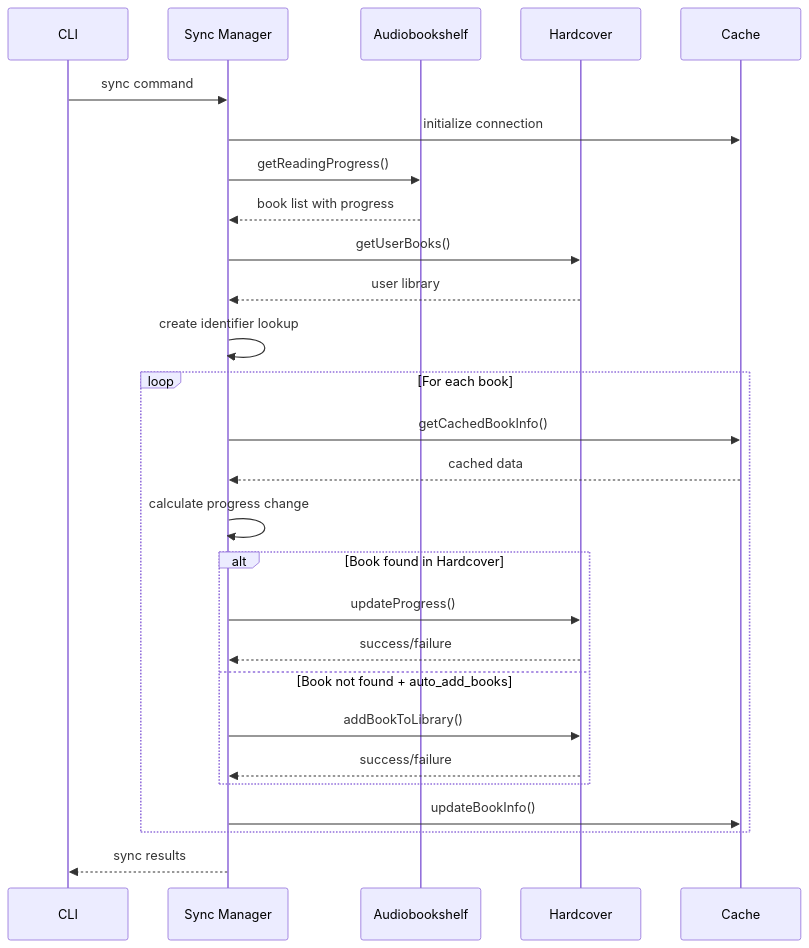
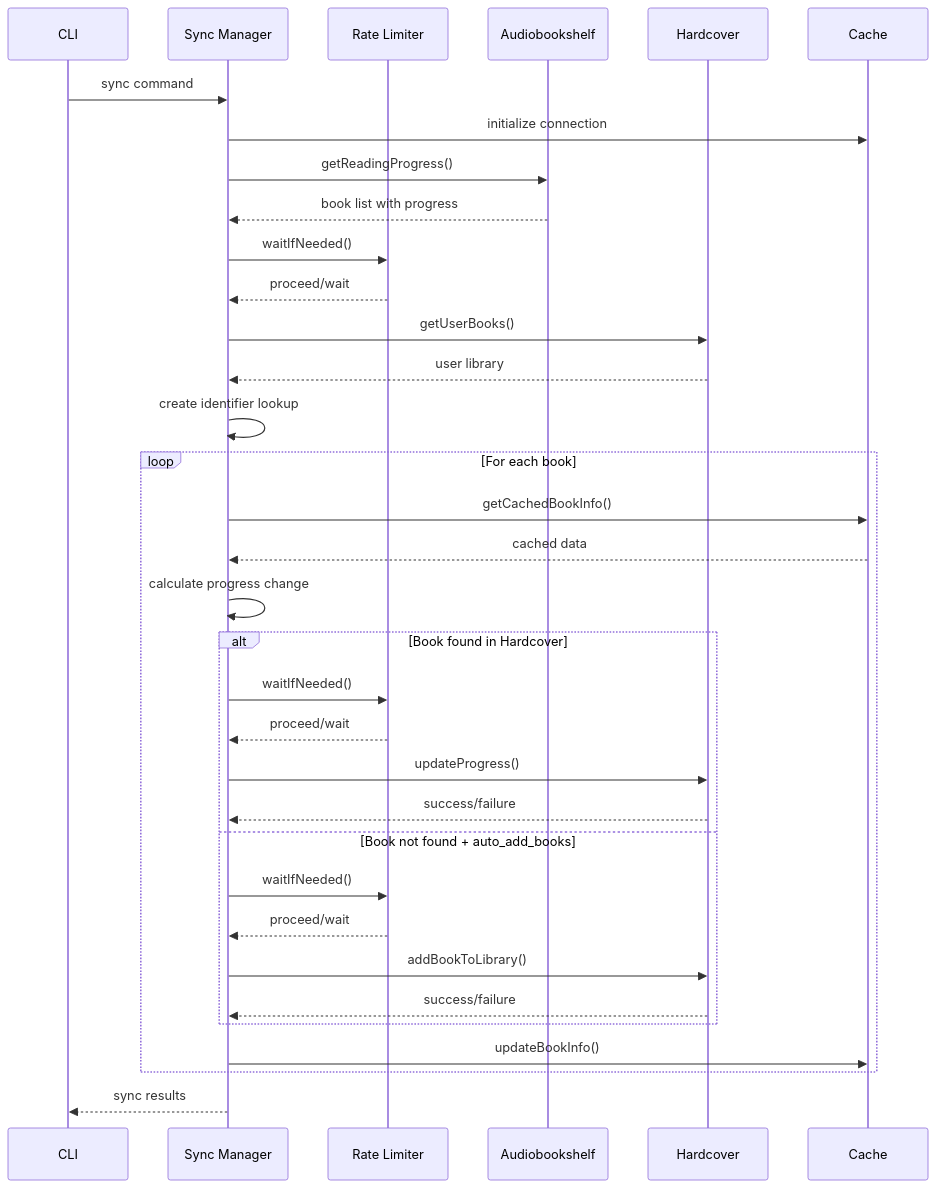
The second of 3 diagrams in wiki/technical/Architecture-Overview.md (rohit-purandare/ShelfBridge), drawn with Mermaid before and after one commit. The commit also changed other lines of this file and 8 other files, not shown here.

````diff
--- a/wiki/technical/Architecture-Overview.md
+++ b/wiki/technical/Architecture-Overview.md
@@ -178,32 +229,39 @@
 ```mermaid
 sequenceDiagram
     participant CLI
     participant SM as Sync Manager
+    participant RL as Rate Limiter
     participant ABS as Audiobookshelf
     participant HC as Hardcover
     participant Cache
     
     CLI->>SM: sync command
     SM->>Cache: initialize connection
     SM->>ABS: getReadingProgress()
     ABS-->>SM: book list with progress
+    SM->>RL: waitIfNeeded()
+    RL-->>SM: proceed/wait
     SM->>HC: getUserBooks()
     HC-->>SM: user library
     SM->>SM: create identifier lookup
     
     loop For each book
         SM->>Cache: getCachedBookInfo()
         Cache-->>SM: cached data
         SM->>SM: calculate progress change
         alt Book found in Hardcover
+            SM->>RL: waitIfNeeded()
+            RL-->>SM: proceed/wait
             SM->>HC: updateProgress()
             HC-->>SM: success/failure
         else Book not found + auto_add_books
+            SM->>RL: waitIfNeeded()
+            RL-->>SM: proceed/wait
             SM->>HC: addBookToLibrary()
             HC-->>SM: success/failure
         end
         SM->>Cache: updateBookInfo()
     end
     
     SM-->>CLI: sync results
 ```
````
